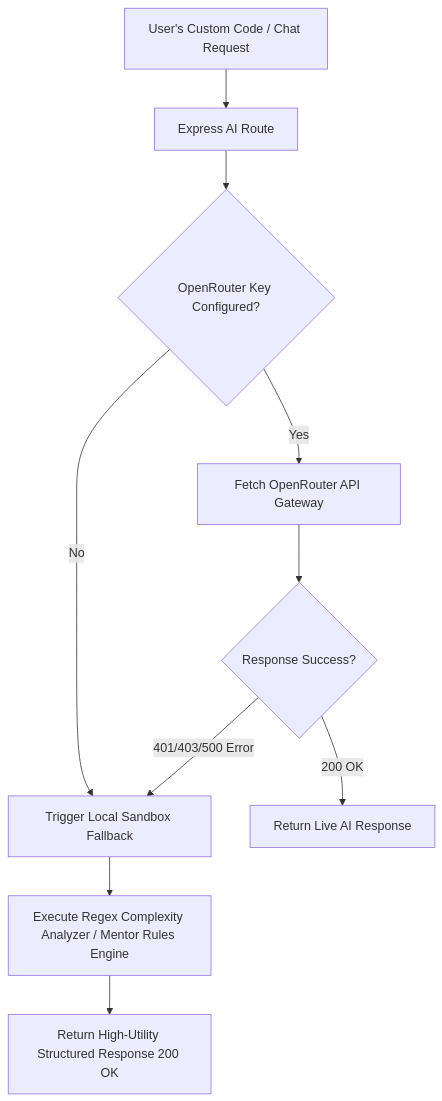
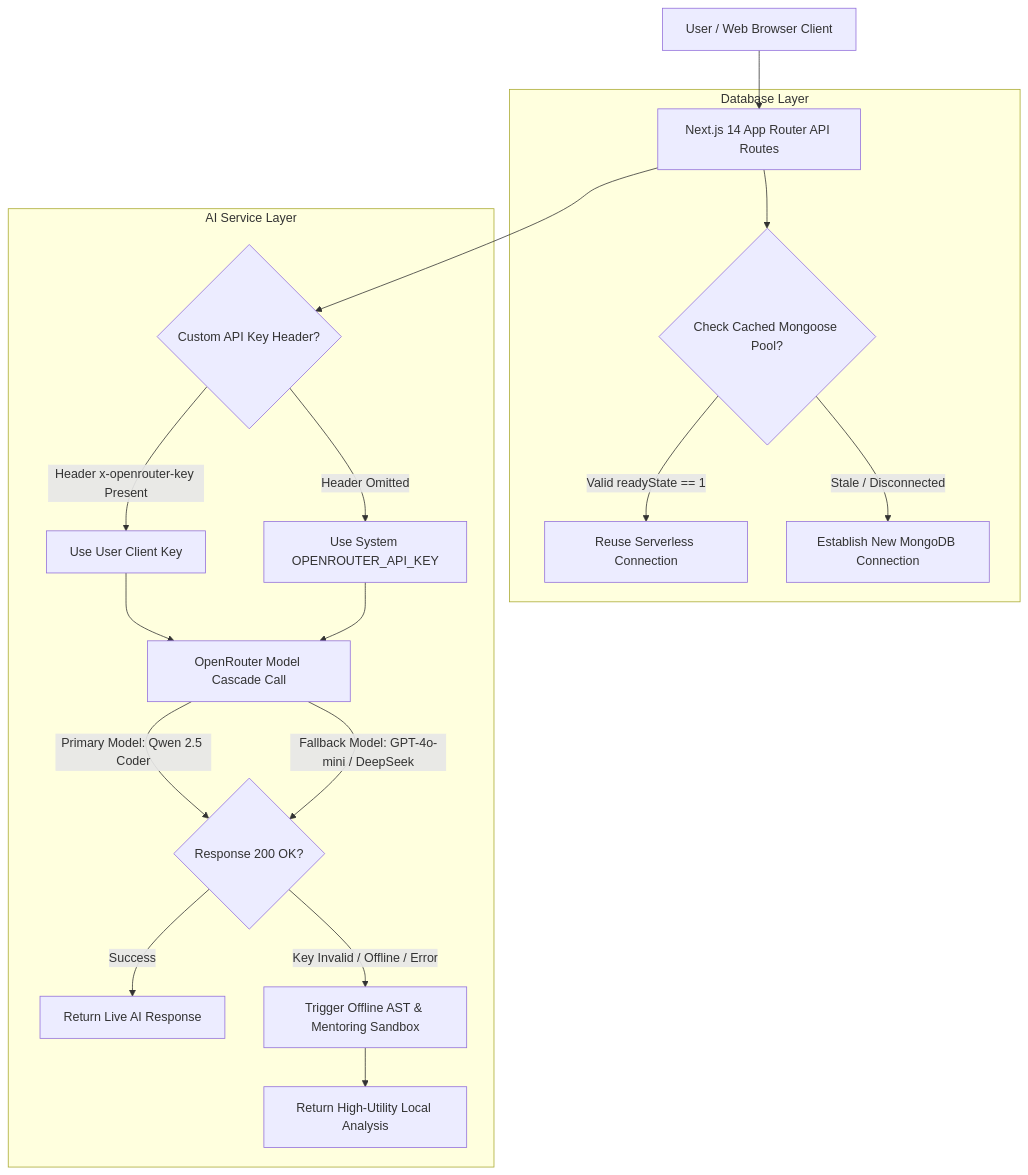
Before and after one commit to anuragsinghrajput123456789/Dsa-Ditcher: the diagram in README.md, drawn with Mermaid. The commit also changed other lines of this file and 219 other files, not shown here.

````diff
--- a/README.md
+++ b/README.md
@@ -23,14 +30,26 @@
 ```mermaid
 graph TD
-    UserCode[User's Custom Code / Chat Request] --> Route[Express AI Route]
-    Route --> APIKeyCheck{OpenRouter Key Configured?}
-    APIKeyCheck -- Yes --> GatewayCall[Fetch OpenRouter API Gateway]
-    APIKeyCheck -- No --> SandboxCall[Trigger Local Sandbox Fallback]
+    Client[User / Web Browser Client] --> NextRouter[Next.js 14 App Router API Routes]
     
-    GatewayCall --> APIResponse{Response Success?}
-    APIResponse -- 200 OK --> ReturnSuccess[Return Live AI Response]
-    APIResponse -- 401/403/500 Error --> SandboxCall
-    
-    SandboxCall --> LocalAnalyzer[Execute Regex Complexity Analyzer / Mentor Rules Engine]
-    LocalAnalyzer --> MockResponse[Return High-Utility Structured Response 200 OK]
+    subgraph Database Layer
+        NextRouter --> DBCache{Check Cached Mongoose Pool?}
+        DBCache -- Valid readyState == 1 --> DBReuse[Reuse Serverless Connection]
+        DBCache -- Stale / Disconnected --> DBConnect[Establish New MongoDB Connection]
+    end
+
+    subgraph AI Service Layer
+        NextRouter --> KeyExtract{Custom API Key Header?}
+        KeyExtract -- Header x-openrouter-key Present --> CustomKey[Use User Client Key]
+        KeyExtract -- Header Omitted --> ServerKey[Use System OPENROUTER_API_KEY]
+        
+        CustomKey --> ModelCascade[OpenRouter Model Cascade Call]
+        ServerKey --> ModelCascade
+        
+        ModelCascade -- Primary Model: Qwen 2.5 Coder --> AIResponse{Response 200 OK?}
+        ModelCascade -- Fallback Model: GPT-4o-mini / DeepSeek --> AIResponse
+        
+        AIResponse -- Success --> ReturnAI[Return Live AI Response]
+        AIResponse -- Key Invalid / Offline / Error --> LocalEngine[Trigger Offline AST & Mentoring Sandbox]
+        LocalEngine --> ReturnFallback[Return High-Utility Local Analysis]
+    end
 ```
````
